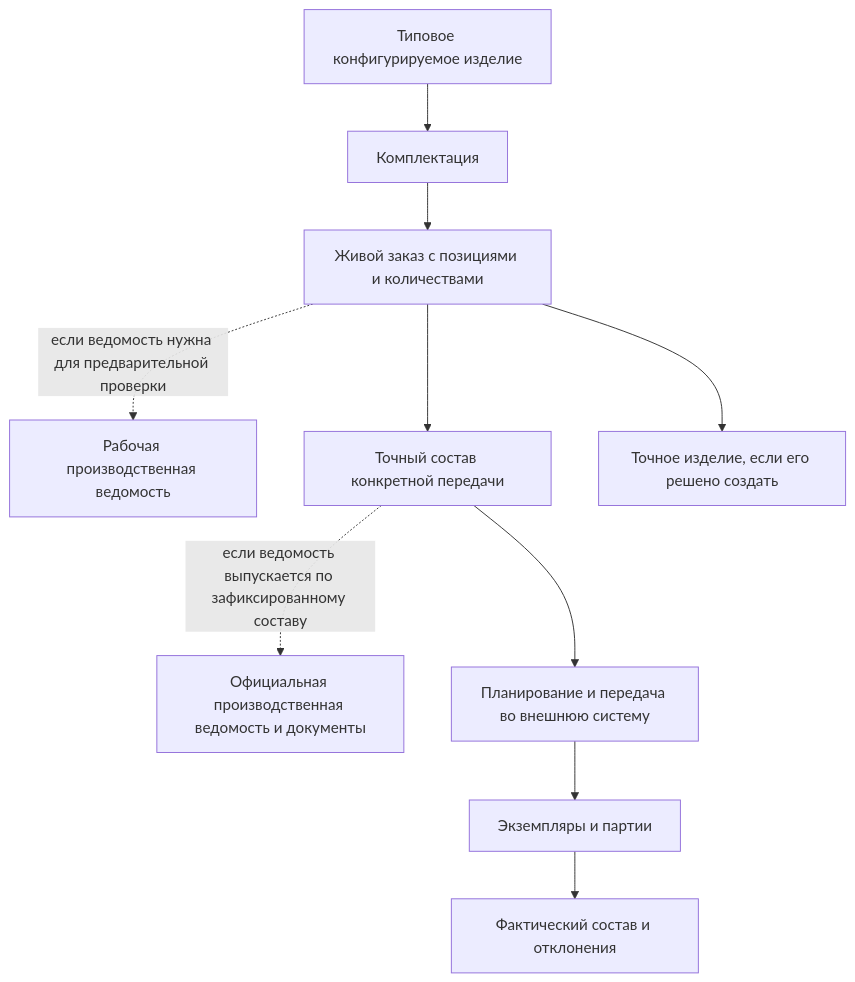
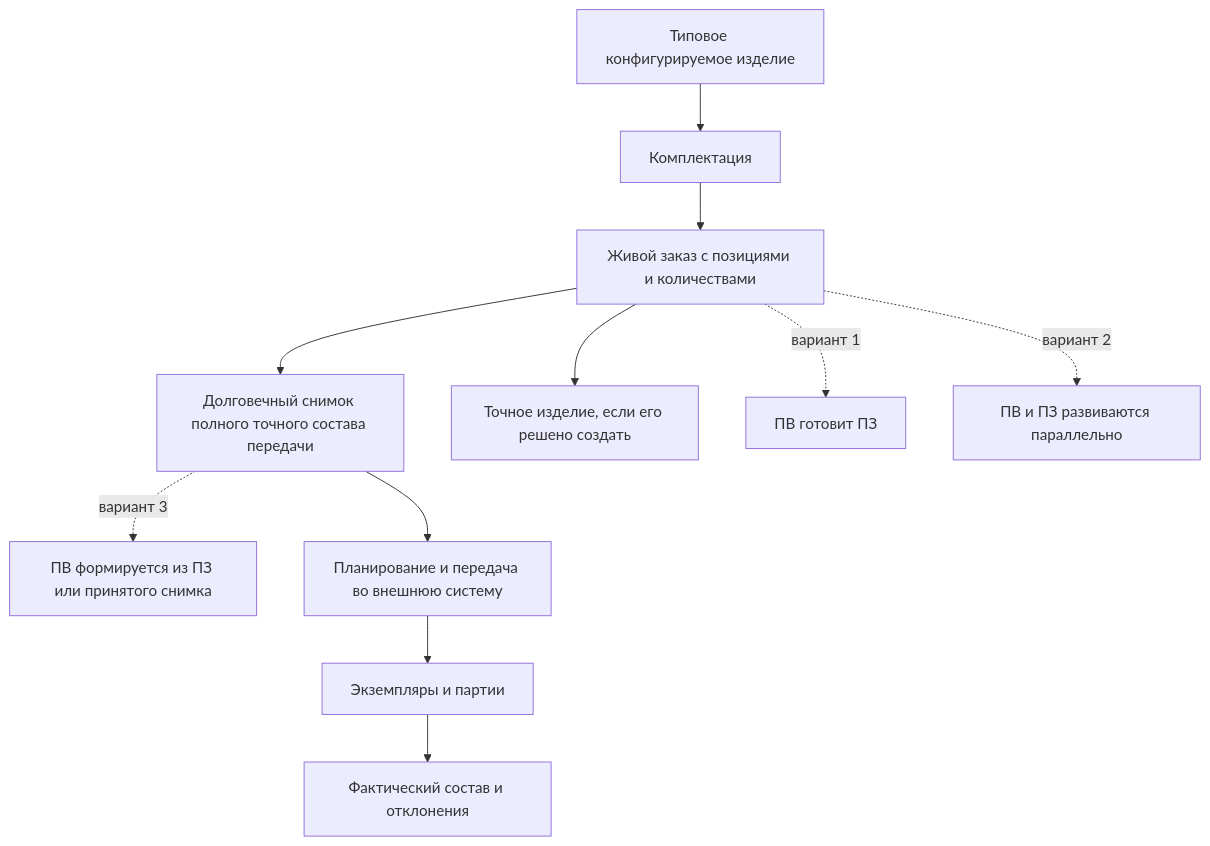
One commit to ZelAnton/Interlink-product-book changed the first of 2 diagrams in docs/orders/01-order-domain-and-boundaries.md. Above: the diagram before and after it, drawn with Mermaid. The commit also changed other lines of this file and 231 other files, not shown here.

````diff
--- a/docs/orders/01-order-domain-and-boundaries.md
+++ b/docs/orders/01-order-domain-and-boundaries.md
@@ -13,12 +13,13 @@
 ```mermaid
 flowchart TD
     A["Типовое конфигурируемое изделие"] --> B["Комплектация"]
     B --> C["Живой заказ с позициями и количествами"]
-    C -.->|"если ведомость нужна для предварительной проверки"| P1["Рабочая производственная ведомость"]
-    C --> D["Точный состав конкретной передачи"]
+    C --> D["Долговечный снимок полного точного состава передачи"]
     C --> E["Точное изделие, если его решено создать"]
-    D -.->|"если ведомость выпускается по зафиксированному составу"| F["Официальная производственная ведомость и документы"]
+    C -.->|"вариант 1"| F["ПВ готовит ПЗ"]
+    C -.->|"вариант 2"| J["ПВ и ПЗ развиваются параллельно"]
+    D -.->|"вариант 3"| K["ПВ формируется из ПЗ или принятого снимка"]
     D --> G["Планирование и передача во внешнюю систему"]
     G --> H["Экземпляры и партии"]
     H --> I["Фактический состав и отклонения"]
 ```
````
